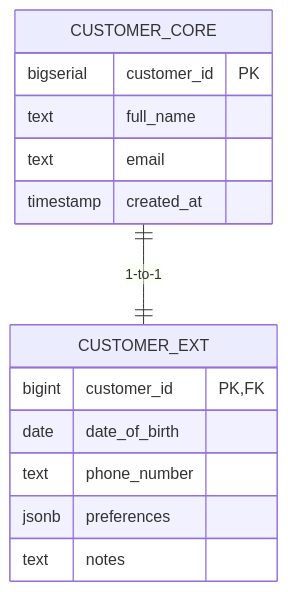
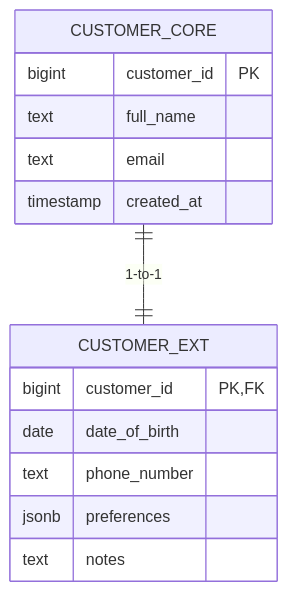
The second of 2 diagrams in Workshops/Workshop 5 - Optimalisation/4 - Partitioning.md (hogeschool/Data-Technologies-public), drawn with Mermaid before and after one commit. The commit also changed other lines of this file, not shown here.

Commit message:
Update 4 - Partitioning.md

````diff
--- a/Workshops/Workshop 5 - Optimalisation/4 - Partitioning.md
+++ b/Workshops/Workshop 5 - Optimalisation/4 - Partitioning.md
@@ -168,17 +131,17 @@
 ```mermaid
 erDiagram
     CUSTOMER_CORE ||--|| CUSTOMER_EXT : "1-to-1"
     CUSTOMER_CORE {
-        bigserial customer_id PK
+        bigint customer_id PK
         text full_name
         text email
         timestamp created_at
     }
     CUSTOMER_EXT {
         bigint customer_id PK, FK
         date date_of_birth
         text phone_number
         jsonb preferences
         text notes
     }
 ```
````
